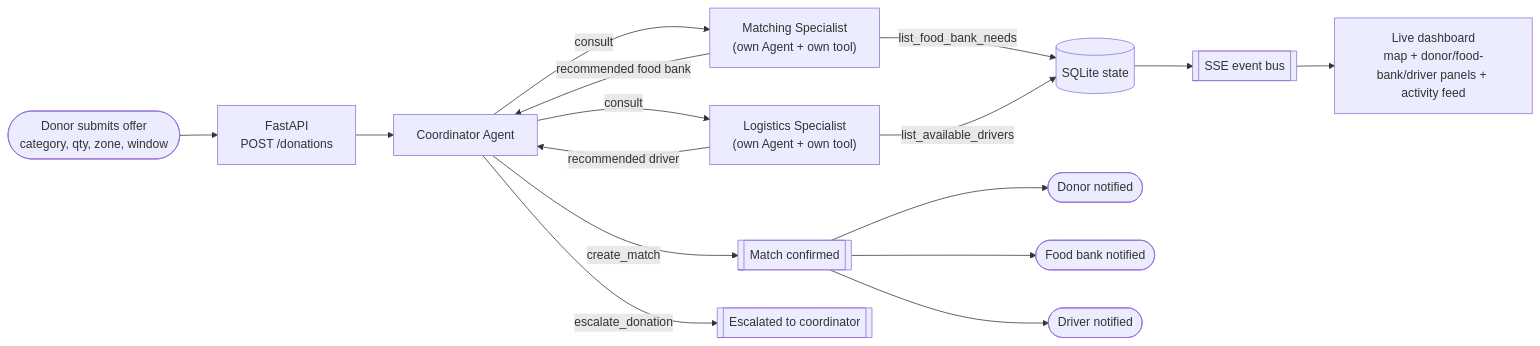
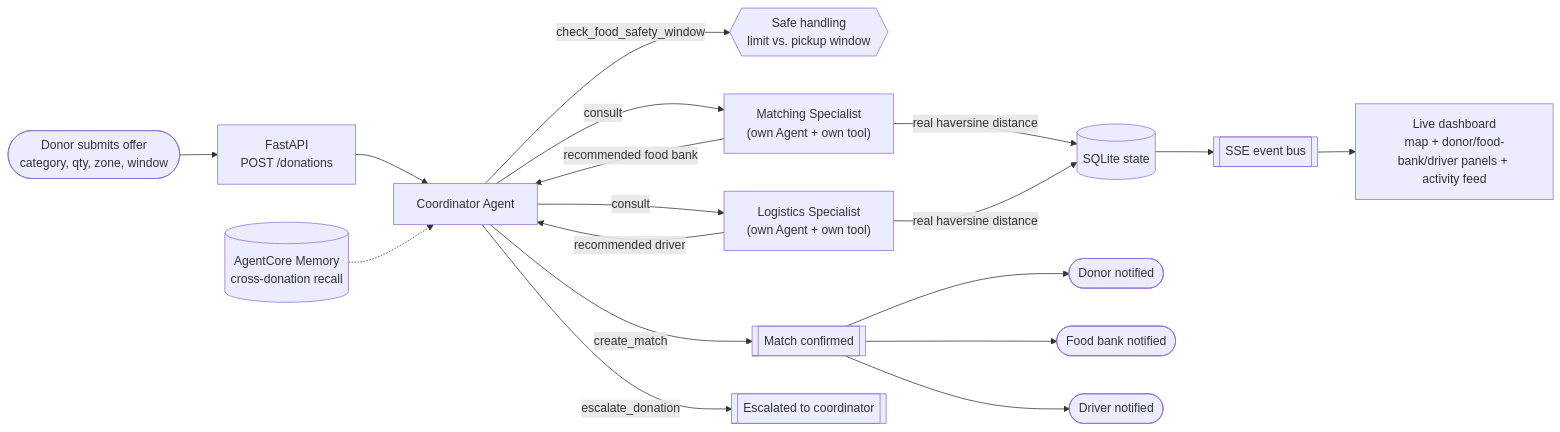
One commit to Thrinayani39e/food-rescue-router changed the first of 2 diagrams in docs/architecture.md. Above: the diagram before and after it, drawn with Mermaid. The commit also changed other lines of this file, not shown here.

First line of the commit message:
Update architecture docs to reflect this session's work

````diff
--- a/docs/architecture.md
+++ b/docs/architecture.md
@@ -31,23 +31,27 @@
 ```mermaid
 flowchart LR
     Donor([Donor submits offer\ncategory, qty, zone, window]) --> API["FastAPI\nPOST /donations"]
     API --> Coord["Coordinator Agent"]
 
+    Coord -->|check_food_safety_window| Safety{{"Safe handling\nlimit vs. pickup window"}}
+
     Coord -->|consult| Match["Matching Specialist\n(own Agent + own tool)"]
-    Match -->|list_food_bank_needs| State[(SQLite state)]
+    Match -->|real haversine distance| State[(SQLite state)]
     Match -->|recommended food bank| Coord
 
     Coord -->|consult| Log["Logistics Specialist\n(own Agent + own tool)"]
-    Log -->|list_available_drivers| State
+    Log -->|real haversine distance| State
     Log -->|recommended driver| Coord
 
     Coord -->|create_match| Confirmed[["Match confirmed"]]
     Coord -->|escalate_donation| Escalate[["Escalated to coordinator"]]
 
     Confirmed --> N1([Donor notified])
     Confirmed --> N2([Food bank notified])
     Confirmed --> N3([Driver notified])
 
     State --> Bus[["SSE event bus"]]
     Bus --> Dash["Live dashboard\nmap + donor/food-bank/driver panels + activity feed"]
+
+    Mem[("AgentCore Memory\ncross-donation recall")] -.-> Coord
 ```
````
